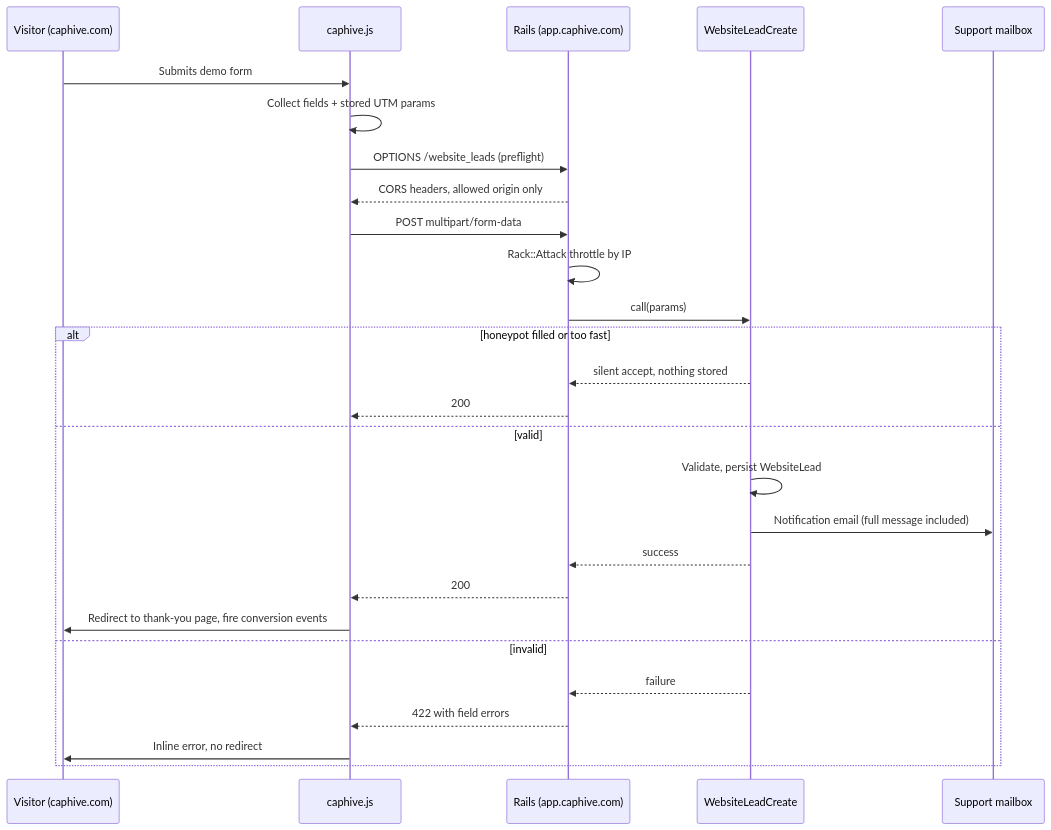
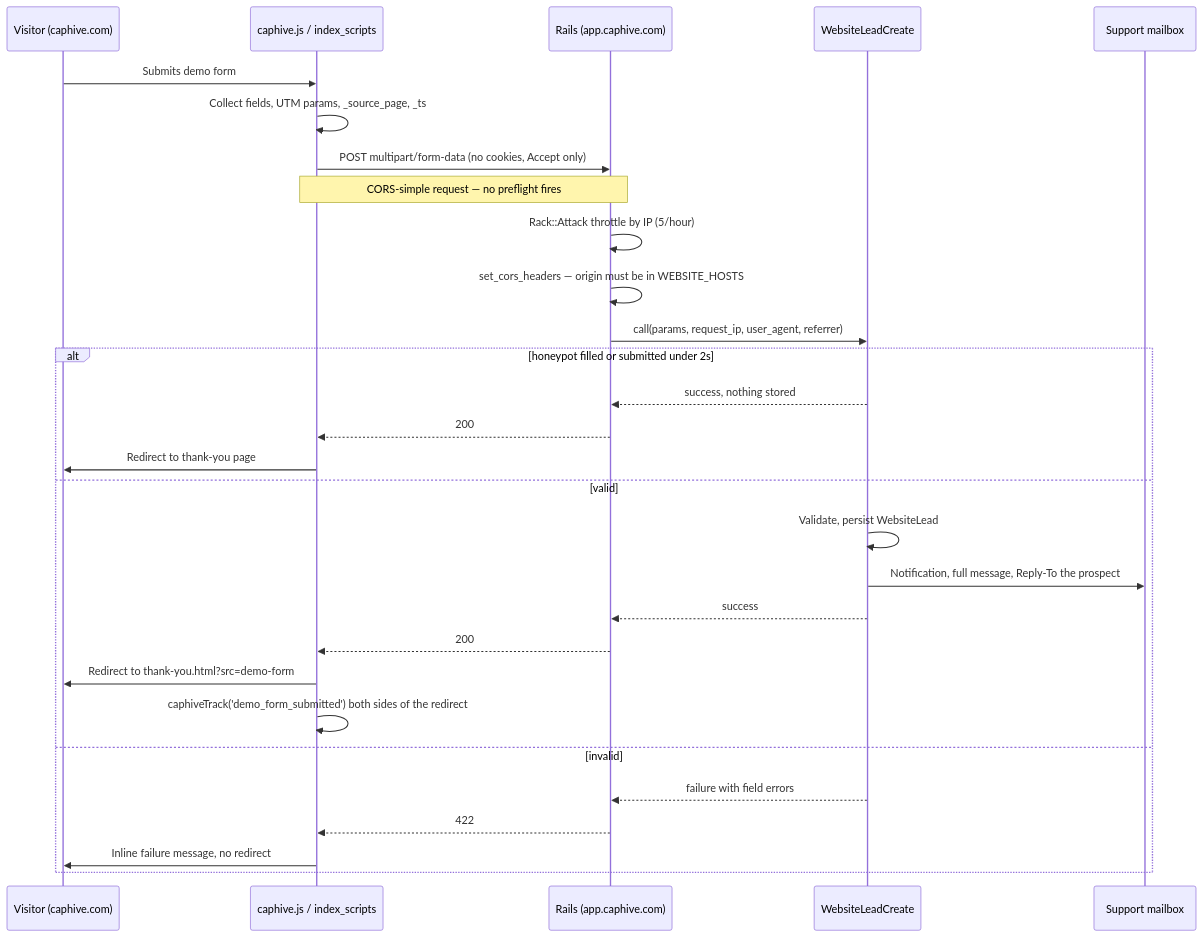
One commit to sampadadiwan/IRM_CompanyMain changed the diagram in docs/technical/website_lead_capture.md. Above: the diagram before and after it, drawn with Mermaid. The commit also changed other lines of this file and 100 other files, not shown here.

````diff
--- a/docs/technical/website_lead_capture.md
+++ b/docs/technical/website_lead_capture.md
@@ -76,30 +34,32 @@
 ```mermaid
 sequenceDiagram
     participant V as Visitor (caphive.com)
-    participant J as caphive.js
+    participant J as caphive.js / index_scripts
     participant R as Rails (app.caphive.com)
     participant O as WebsiteLeadCreate
     participant M as Support mailbox
 
     V->>J: Submits demo form
-    J->>J: Collect fields + stored UTM params
-    J->>R: OPTIONS /website_leads (preflight)
-    R-->>J: CORS headers, allowed origin only
-    J->>R: POST multipart/form-data
-    R->>R: Rack::Attack throttle by IP
-    R->>O: call(params)
-    alt honeypot filled or too fast
-        O-->>R: silent accept, nothing stored
+    J->>J: Collect fields, UTM params, _source_page, _ts
+    J->>R: POST multipart/form-data (no cookies, Accept only)
+    Note over J,R: CORS-simple request — no preflight fires
+    R->>R: Rack::Attack throttle by IP (5/hour)
+    R->>R: set_cors_headers — origin must be in WEBSITE_HOSTS
+    R->>O: call(params, request_ip, user_agent, referrer)
+    alt honeypot filled or submitted under 2s
+        O-->>R: success, nothing stored
         R-->>J: 200
+        J->>V: Redirect to thank-you page
     else valid
         O->>O: Validate, persist WebsiteLead
-        O->>M: Notification email (full message included)
+        O->>M: Notification, full message, Reply-To the prospect
         O-->>R: success
         R-->>J: 200
-        J->>V: Redirect to thank-you page, fire conversion events
+        J->>V: Redirect to thank-you.html?src=demo-form
+        J->>J: caphiveTrack('demo_form_submitted') both sides of the redirect
     else invalid
-        O-->>R: failure
-        R-->>J: 422 with field errors
-        J->>V: Inline error, no redirect
+        O-->>R: failure with field errors
+        R-->>J: 422
+        J->>V: Inline failure message, no redirect
     end
 ```
````
